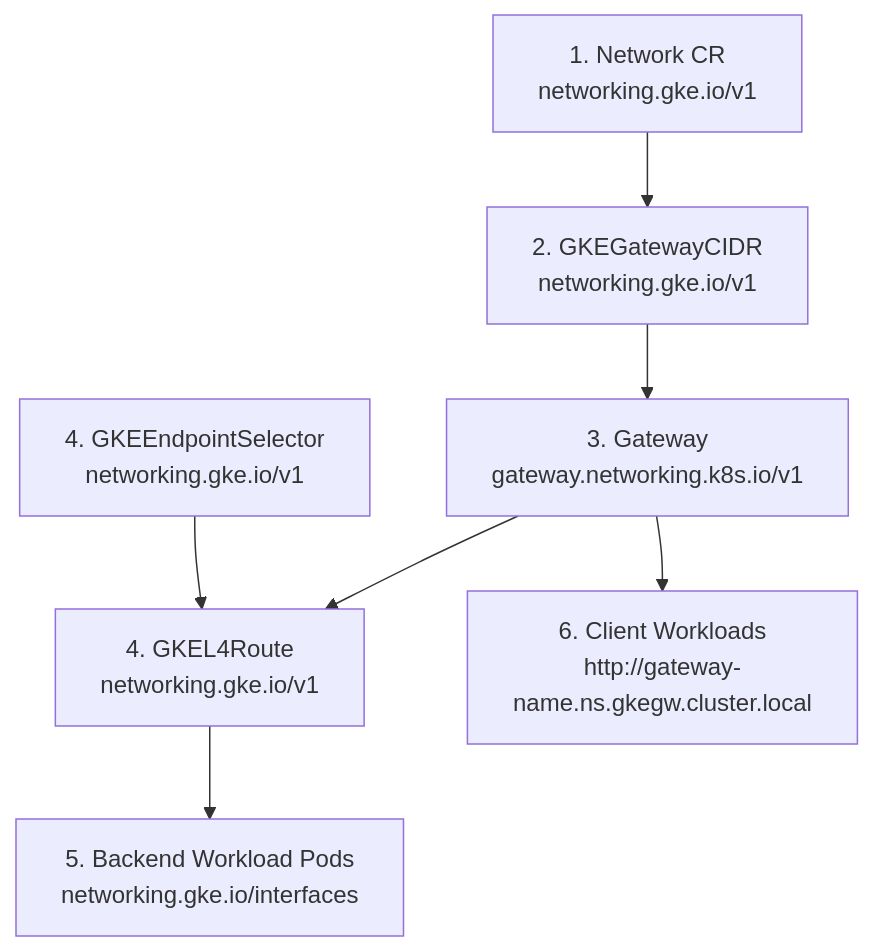
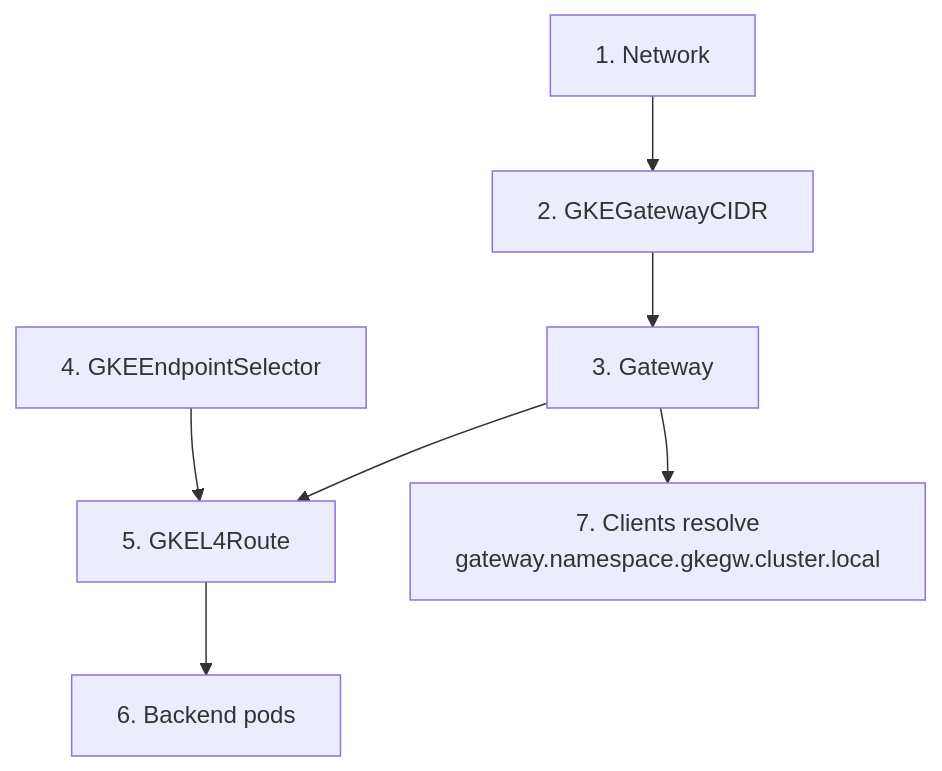
One commit to GDC-ConsumerEdge/gem-gdc-emulation-environment changed the third of 3 diagrams in docs/secondary-networks.md. Above: the diagram before and after it, drawn with Mermaid. The commit also changed other lines of this file and 37 other files, not shown here.

````diff
--- a/docs/secondary-networks.md
+++ b/docs/secondary-networks.md
@@ -57,9 +373,9 @@
 ```mermaid
-graph TD
-    NET[1. Network CR<br>networking.gke.io/v1] --> CIDR[2. GKEGatewayCIDR<br>networking.gke.io/v1]
-    CIDR --> GW[3. Gateway<br>gateway.networking.k8s.io/v1]
-    GW --> ROUTE[4. GKEL4Route<br>networking.gke.io/v1]
-    EP_SEL[4. GKEEndpointSelector<br>networking.gke.io/v1] --> ROUTE
-    ROUTE --> PODS[5. Backend Workload Pods<br>networking.gke.io/interfaces]
-    GW --> CLIENT[6. Client Workloads<br>http://gateway-name.ns.gkegw.cluster.local]
+flowchart TD
+    NET["1. Network"] --> CIDR["2. GKEGatewayCIDR"]
+    CIDR --> GW["3. Gateway"]
+    EPS["4. GKEEndpointSelector"] --> ROUTE["5. GKEL4Route"]
+    GW --> ROUTE
+    ROUTE --> PODS["6. Backend pods"]
+    GW --> CLIENT["7. Clients resolve<br>gateway.namespace.gkegw.cluster.local"]
 ```
````
